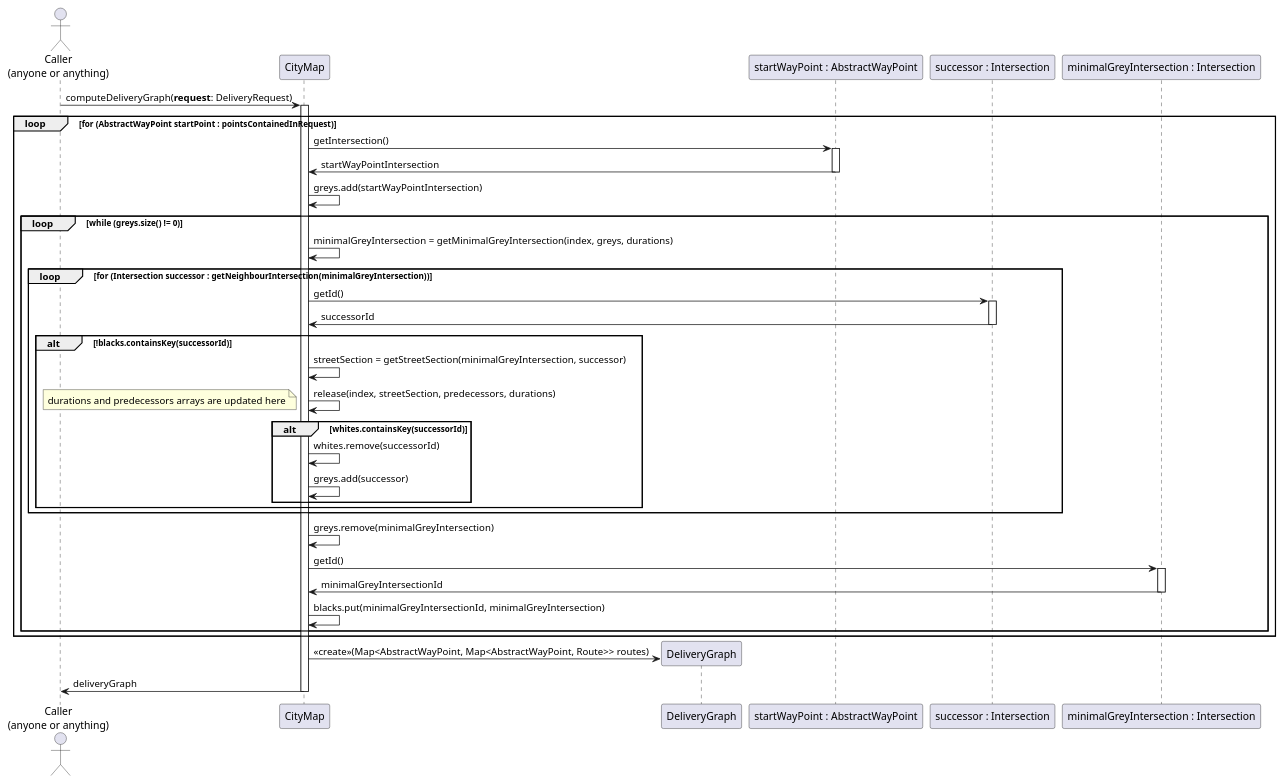
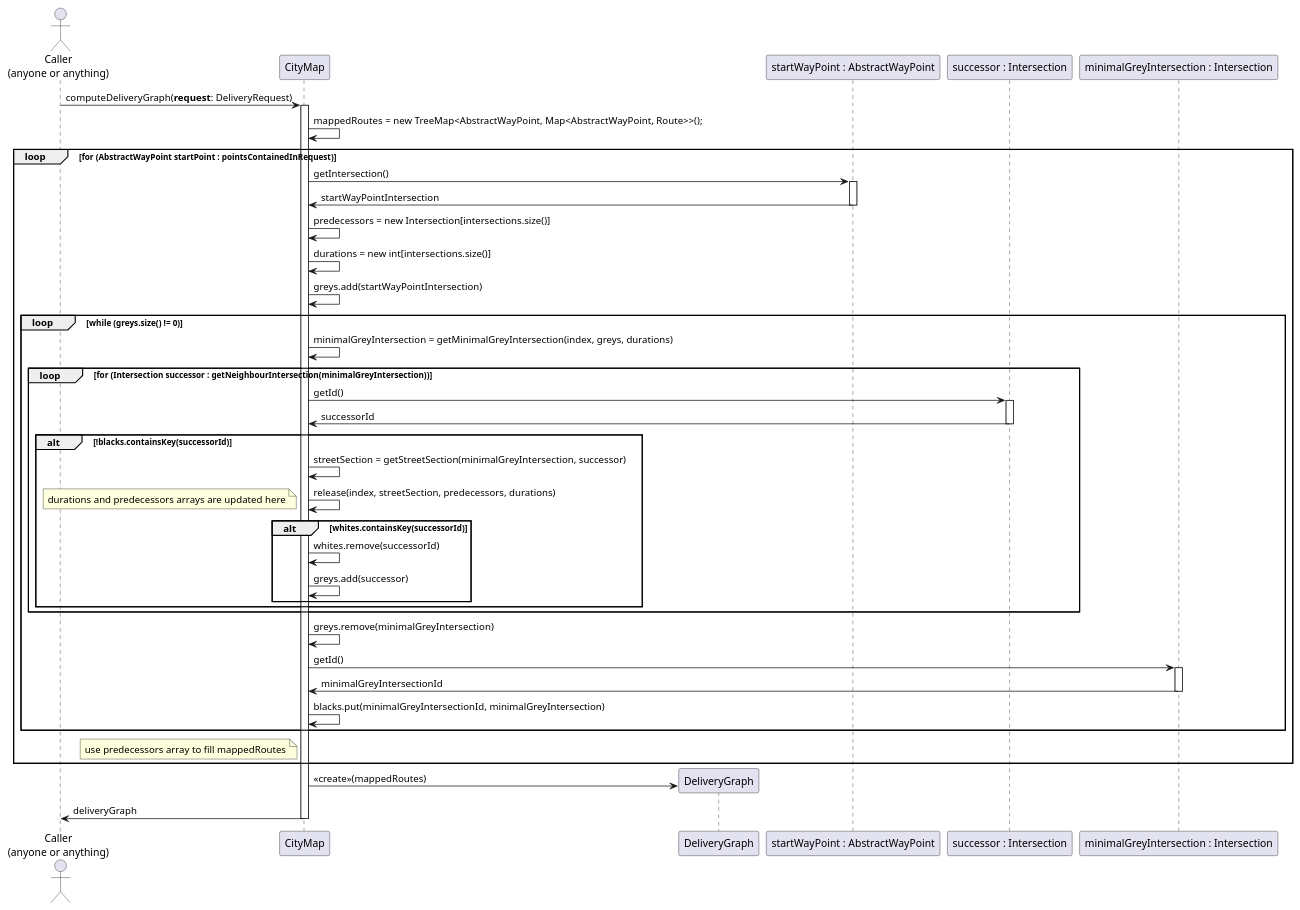
The diagram in docs/uml/sequence-diagram-dijkstra.puml (if-h4102/pld-agile), drawn with PlantUML before and after one commit.

Commit message:
sequence-diagram-dijkstra updated.

```diff
--- a/docs/uml/sequence-diagram-dijkstra.puml
+++ b/docs/uml/sequence-diagram-dijkstra.puml
@@ -1,50 +1,56 @@
 @startuml
 actor "Caller\n(anyone or anything)" as CPS
 participant CityMap as CM
 participant DeliveryGraph as DG
 participant "startWayPoint : AbstractWayPoint" as SWP
 participant "successor : Intersection" as S
 participant "minimalGreyIntersection : Intersection" as MGI
 
 
 CPS -> CM : computeDeliveryGraph(**request**: DeliveryRequest)
 activate CM
+CM -> CM : mappedRoutes = new TreeMap<AbstractWayPoint, Map<AbstractWayPoint, Route>>();
 loop for (AbstractWayPoint startPoint : pointsContainedInRequest)
     CM -> SWP : getIntersection()
     activate SWP
     CM <- SWP : startWayPointIntersection
     deactivate SWP
+    CM -> CM : predecessors = new Intersection[intersections.size()]
+    CM -> CM : durations = new int[intersections.size()]
     CM -> CM : greys.add(startWayPointIntersection)
     loop while (greys.size() != 0)
         CM -> CM : minimalGreyIntersection = getMinimalGreyIntersection(index, greys, durations)
         loop for (Intersection successor : getNeighbourIntersection(minimalGreyIntersection))
             CM -> S : getId()
             activate S
             CM <- S : successorId
             deactivate S
             alt !blacks.containsKey(successorId)
                 CM -> CM : streetSection = getStreetSection(minimalGreyIntersection, successor)
                 CM -> CM : release(index, streetSection, predecessors, durations)
                 note left
                     durations and predecessors arrays are updated here
                 end note
                 alt whites.containsKey(successorId)
                     CM -> CM : whites.remove(successorId)
                     CM -> CM : greys.add(successor)
                 end
             end
         end
         CM -> CM : greys.remove(minimalGreyIntersection)
         CM -> MGI : getId()
         activate MGI
         CM <- MGI : minimalGreyIntersectionId
         deactivate MGI
         CM -> CM : blacks.put(minimalGreyIntersectionId, minimalGreyIntersection)
     end
+    note left of CM
+        use predecessors array to fill mappedRoutes
+    end note
 end
 create DG
-CM -> DG : <<create>>(Map<AbstractWayPoint, Map<AbstractWayPoint, Route>> routes)
+CM -> DG : <<create>>(mappedRoutes)
 CPS <- CM : deliveryGraph
 deactivate CM
 
 @enduml
```
